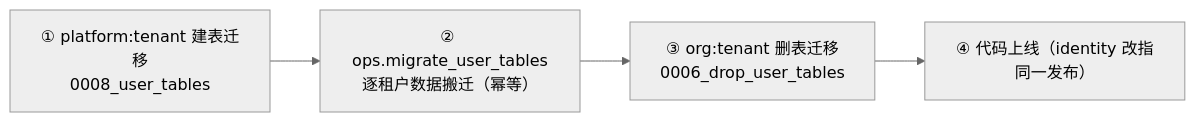
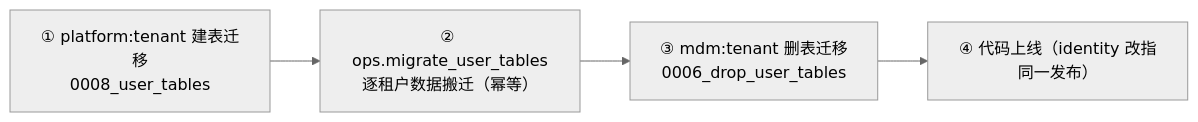
One commit to minjian123/basic-management-system changed the second of 3 diagrams in bms文档/项目/07_RBAC基础模块/任务/02_用户与角色/02_用户与角色_05_用户账号归口平台/设计/01_详细设计_05_用户账号归口平台.md. Above: the diagram before and after it, drawn with Mermaid (neutral theme). The commit also changed other lines of this file and 501 other files, not shown here.

````diff
--- a/bms文档/项目/07_RBAC基础模块/任务/02_用户与角色/02_用户与角色_05_用户账号归口平台/设计/01_详细设计_05_用户账号归口平台.md
+++ b/bms文档/项目/07_RBAC基础模块/任务/02_用户与角色/02_用户与角色_05_用户账号归口平台/设计/01_详细设计_05_用户账号归口平台.md
@@ -181,6 +181,6 @@
 ```mermaid
 flowchart LR
     A["① platform:tenant 建表迁移<br/>0008_user_tables"] --> B["② ops.migrate_user_tables<br/>逐租户数据搬迁（幂等）"]
-    B --> C["③ org:tenant 删表迁移<br/>0006_drop_user_tables"]
+    B --> C["③ mdm:tenant 删表迁移<br/>0006_drop_user_tables"]
     C --> D["④ 代码上线（identity 改指同一发布）"]
 ```
````
